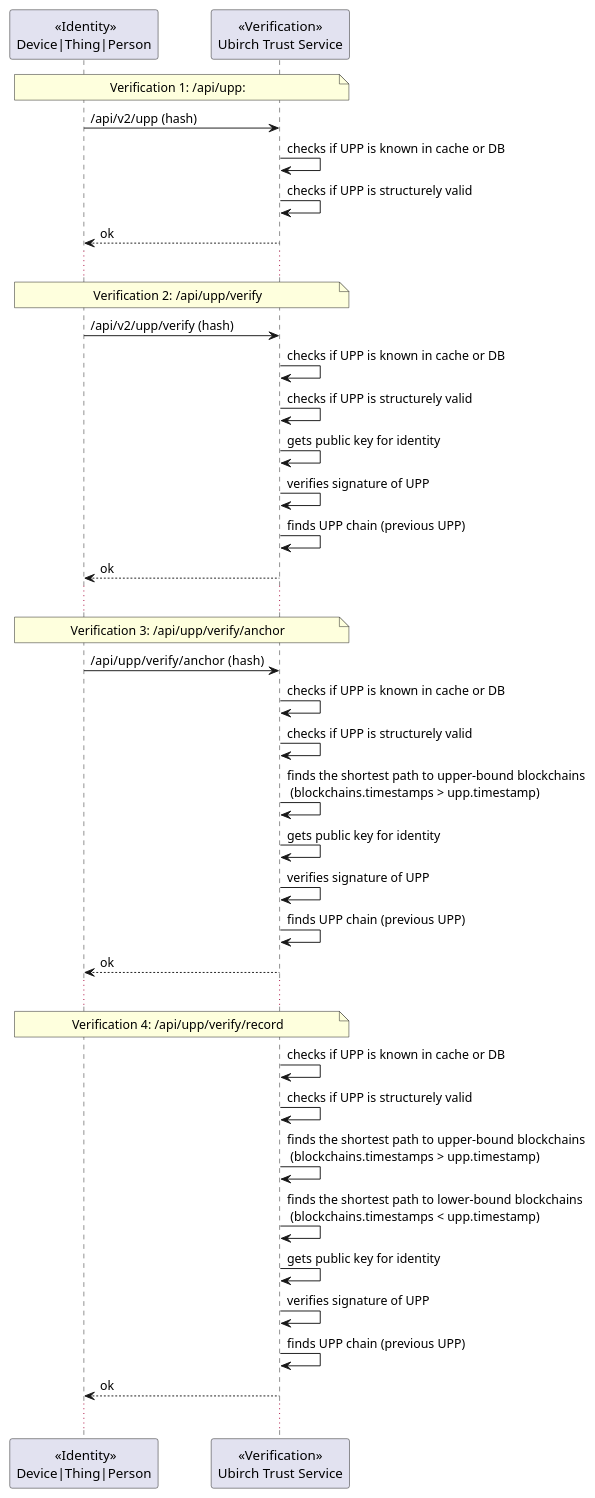
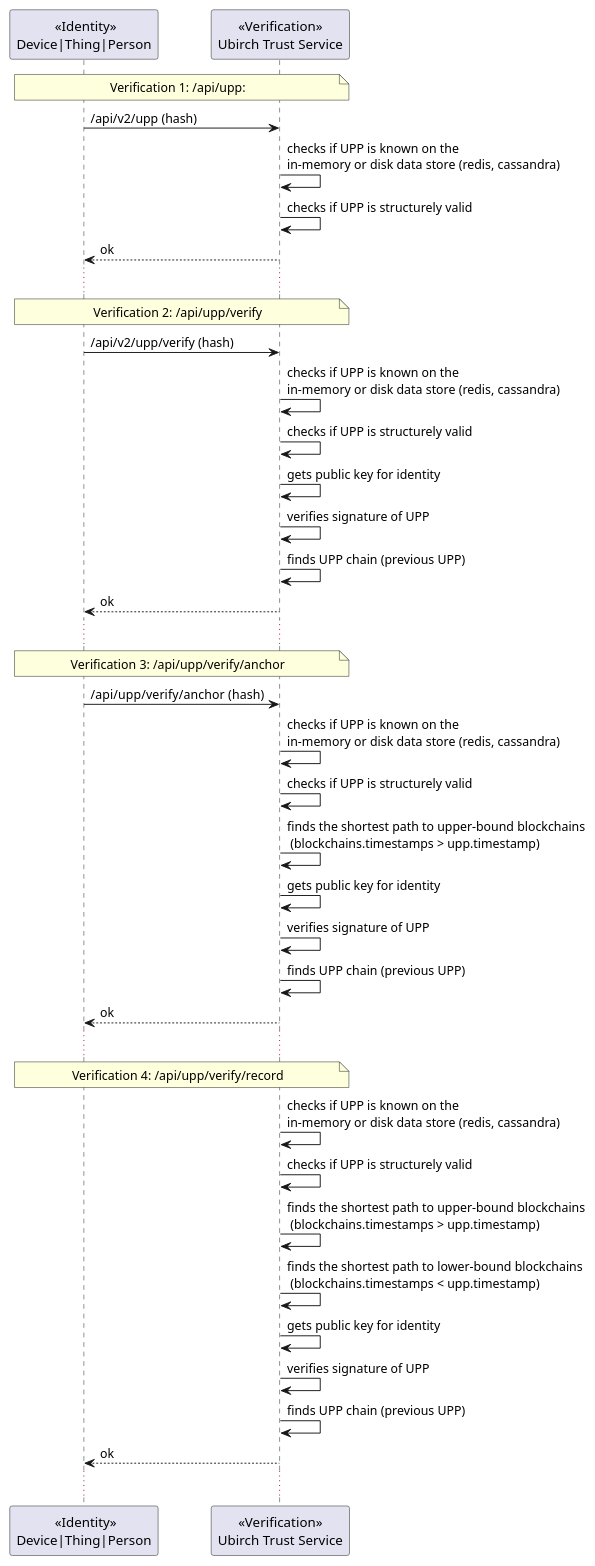
Before and after one commit to ubirch/ubirch-event-log: the diagram in .images/Verification.puml, drawn with PlantUML.

Commit message:
PROFIT-102 Rephrasing some sentences

```diff
--- a/.images/Verification.puml
+++ b/.images/Verification.puml
@@ -1,49 +1,49 @@
 @startuml
 'https://plantuml.com/sequence-diagram
 
 participant identity [
   <<Identity>>
  Device|Thing|Person
 ]
 participant trust_service_verification [
   <<Verification>>
   Ubirch Trust Service
 ]
 
 note across: Verification 1: /api/upp:
 identity -> trust_service_verification:/api/v2/upp (hash)
-trust_service_verification -> trust_service_verification: checks if UPP is known in cache or DB
+trust_service_verification -> trust_service_verification: checks if UPP is known on the\nin-memory or disk data store (redis, cassandra)
 trust_service_verification -> trust_service_verification: checks if UPP is structurely valid
 identity <-- trust_service_verification: ok
 ......
 note across: Verification 2: /api/upp/verify
 identity -> trust_service_verification:/api/v2/upp/verify (hash)
-trust_service_verification -> trust_service_verification: checks if UPP is known in cache or DB
+trust_service_verification -> trust_service_verification: checks if UPP is known on the\nin-memory or disk data store (redis, cassandra)
 trust_service_verification -> trust_service_verification: checks if UPP is structurely valid
 trust_service_verification -> trust_service_verification: gets public key for identity
 trust_service_verification -> trust_service_verification: verifies signature of UPP
 trust_service_verification -> trust_service_verification: finds UPP chain (previous UPP)
 identity <-- trust_service_verification: ok
 ......
 note across: Verification 3: /api/upp/verify/anchor
 identity -> trust_service_verification:/api/upp/verify/anchor  (hash)
-trust_service_verification -> trust_service_verification: checks if UPP is known in cache or DB
+trust_service_verification -> trust_service_verification: checks if UPP is known on the\nin-memory or disk data store (redis, cassandra)
 trust_service_verification -> trust_service_verification: checks if UPP is structurely valid
 trust_service_verification -> trust_service_verification: finds the shortest path to upper-bound blockchains \n (blockchains.timestamps > upp.timestamp)
 trust_service_verification -> trust_service_verification: gets public key for identity
 trust_service_verification -> trust_service_verification: verifies signature of UPP
 trust_service_verification -> trust_service_verification: finds UPP chain (previous UPP)
 identity <-- trust_service_verification: ok
 ......
 note across: Verification 4: /api/upp/verify/record
-trust_service_verification -> trust_service_verification: checks if UPP is known in cache or DB
+trust_service_verification -> trust_service_verification: checks if UPP is known on the\nin-memory or disk data store (redis, cassandra)
 trust_service_verification -> trust_service_verification: checks if UPP is structurely valid
 trust_service_verification -> trust_service_verification: finds the shortest path to upper-bound blockchains \n (blockchains.timestamps > upp.timestamp)
 trust_service_verification -> trust_service_verification: finds the shortest path to lower-bound blockchains \n (blockchains.timestamps < upp.timestamp)
 trust_service_verification -> trust_service_verification: gets public key for identity
 trust_service_verification -> trust_service_verification: verifies signature of UPP
 trust_service_verification -> trust_service_verification: finds UPP chain (previous UPP)
 identity <-- trust_service_verification: ok
 ......
 
 @enduml
```
